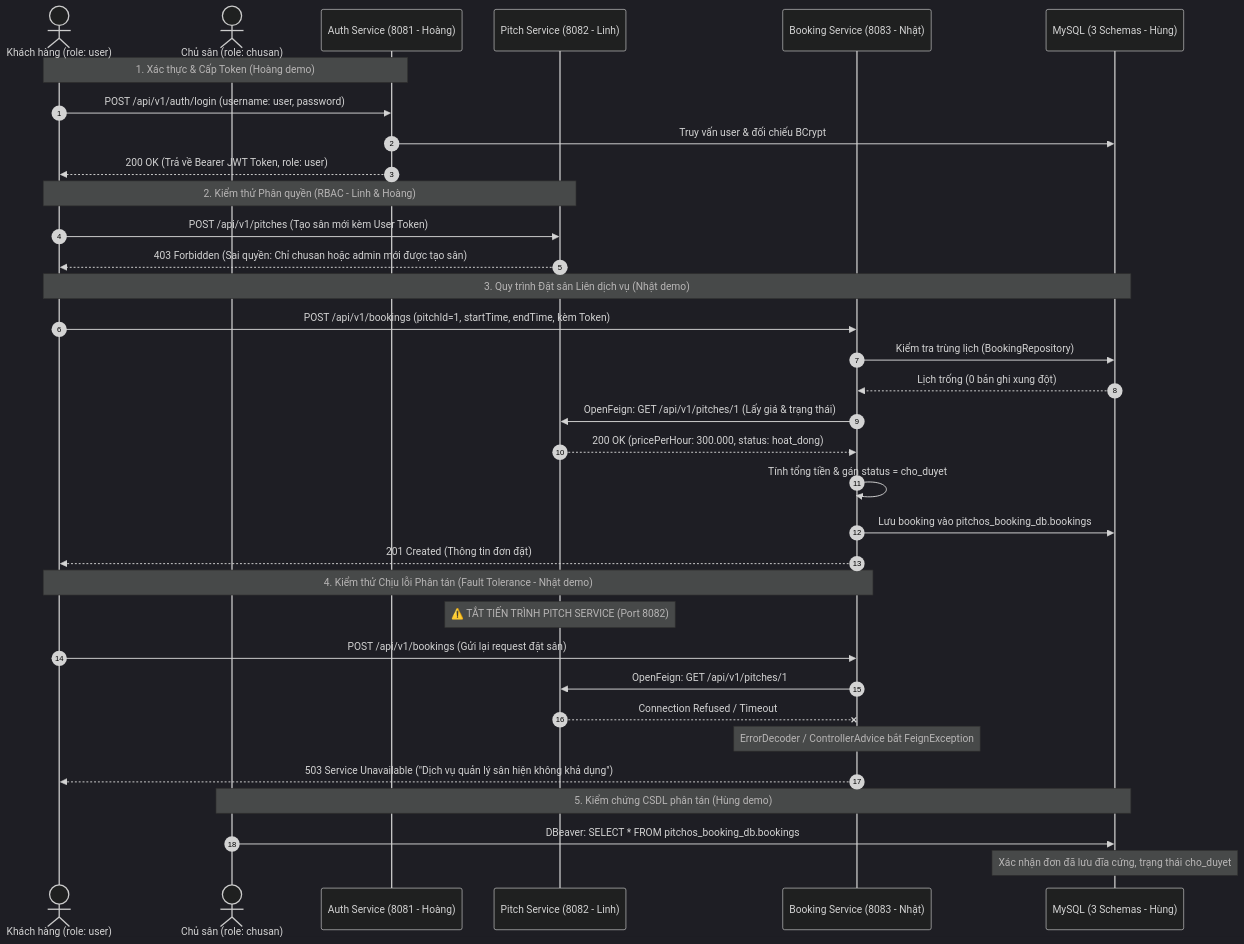
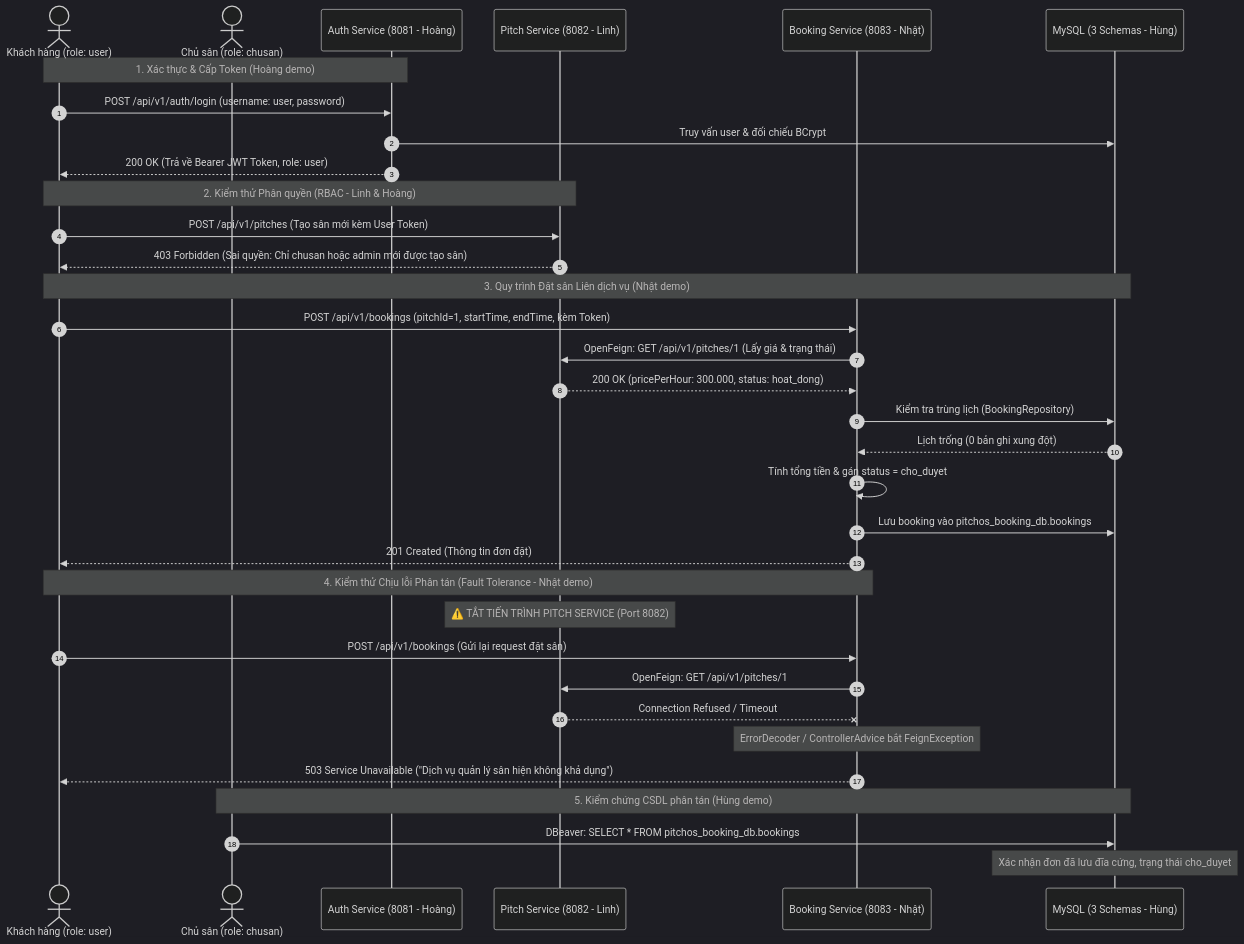
The diagram in docs/DEMO_VA_KIEM_THU.md (viduchung/PTPM), drawn with Mermaid (dark theme) before and after one commit. The commit also changed other lines of this file and 20 other files, not shown here.

First line of the commit message:
Code Booking Service theo NHIEM_VU_NHAT.md: OpenFeign, lỗi 404/503, JWT

````diff
--- a/docs/DEMO_VA_KIEM_THU.md
+++ b/docs/DEMO_VA_KIEM_THU.md
@@ -9,46 +9,46 @@
 ```mermaid
 sequenceDiagram
     autonumber
     actor User as Khách hàng (role: user)
     actor ChuSan as Chủ sân (role: chusan)
     participant Auth as Auth Service (8081 - Hoàng)
     participant Pitch as Pitch Service (8082 - Linh)
     participant Booking as Booking Service (8083 - Nhật)
     participant DB as MySQL (3 Schemas - Hùng)
 
     %% Giai đoạn Đăng nhập
     Note over User, Auth: 1. Xác thực & Cấp Token (Hoàng demo)
     User->>Auth: POST /api/v1/auth/login (username: user, password)
     Auth->>DB: Truy vấn user & đối chiếu BCrypt
     Auth-->>User: 200 OK (Trả về Bearer JWT Token, role: user)
 
     %% Giai đoạn Kiểm tra Phân quyền
     Note over User, Pitch: 2. Kiểm thử Phân quyền (RBAC - Linh & Hoàng)
     User->>Pitch: POST /api/v1/pitches (Tạo sân mới kèm User Token)
     Pitch-->>User: 403 Forbidden (Sai quyền: Chỉ chusan hoặc admin mới được tạo sân)
 
     %% Giai đoạn Đặt sân thành công
     Note over User, DB: 3. Quy trình Đặt sân Liên dịch vụ (Nhật demo)
     User->>Booking: POST /api/v1/bookings (pitchId=1, startTime, endTime, kèm Token)
+    Booking->>Pitch: OpenFeign: GET /api/v1/pitches/1 (Lấy giá & trạng thái)
+    Pitch-->>Booking: 200 OK (pricePerHour: 300.000, status: hoat_dong)
     Booking->>DB: Kiểm tra trùng lịch (BookingRepository)
     DB-->>Booking: Lịch trống (0 bản ghi xung đột)
-    Booking->>Pitch: OpenFeign: GET /api/v1/pitches/1 (Lấy giá & trạng thái)
-    Pitch-->>Booking: 200 OK (pricePerHour: 300.000, status: hoat_dong)
     Booking->>Booking: Tính tổng tiền & gán status = cho_duyet
     Booking->>DB: Lưu booking vào pitchos_booking_db.bookings
     Booking-->>User: 201 Created (Thông tin đơn đặt)
 
     %% Giai đoạn Sập dịch vụ phân tán
     Note over User, Booking: 4. Kiểm thử Chịu lỗi Phân tán (Fault Tolerance - Nhật demo)
     Note over Pitch: ⚠️ TẮT TIẾN TRÌNH PITCH SERVICE (Port 8082)
     User->>Booking: POST /api/v1/bookings (Gửi lại request đặt sân)
     Booking->>Pitch: OpenFeign: GET /api/v1/pitches/1
     Pitch--xBooking: Connection Refused / Timeout
     Note over Booking: ErrorDecoder / ControllerAdvice bắt FeignException
     Booking-->>User: 503 Service Unavailable ("Dịch vụ quản lý sân hiện không khả dụng")
 
     %% Giai đoạn Xác minh dữ liệu
     Note over ChuSan, DB: 5. Kiểm chứng CSDL phân tán (Hùng demo)
     ChuSan->>DB: DBeaver: SELECT * FROM pitchos_booking_db.bookings
     Note over DB: Xác nhận đơn đã lưu đĩa cứng, trạng thái cho_duyet
 ```
````
